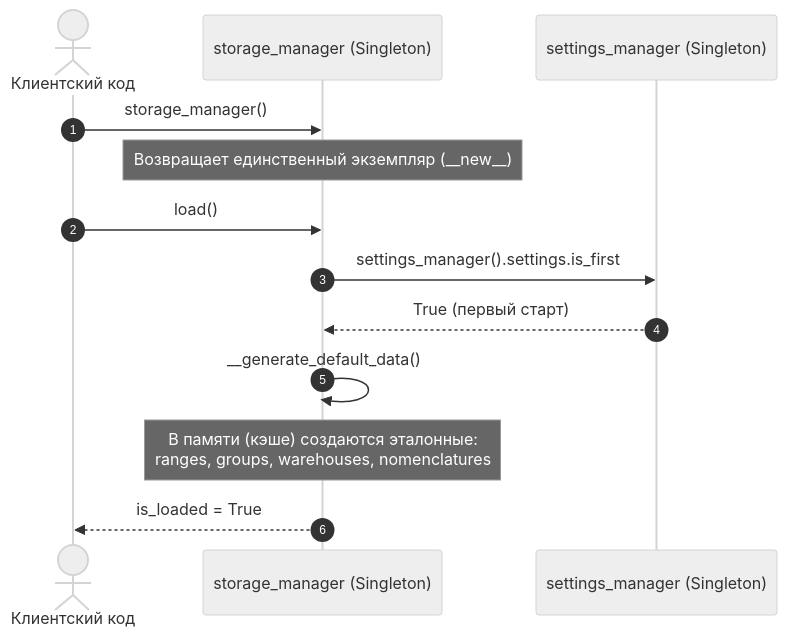
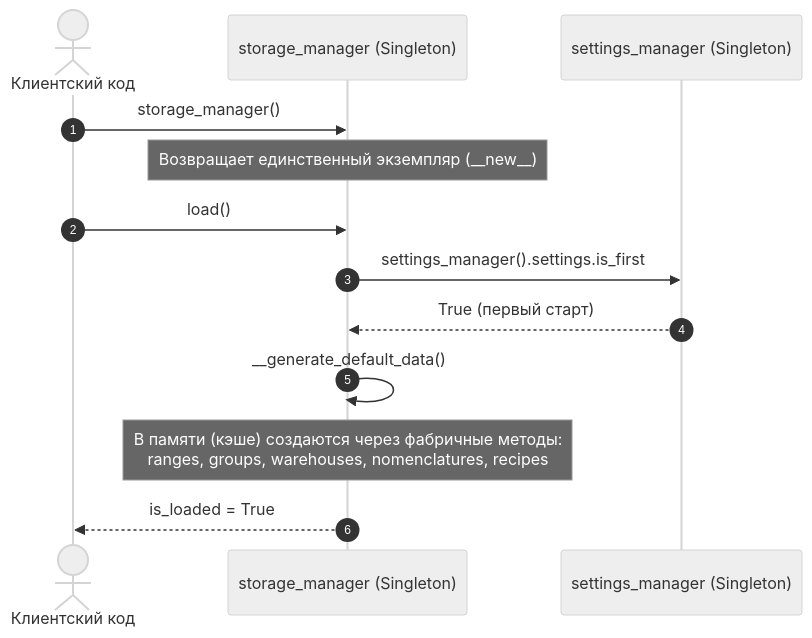
One commit to Alabaykin/patterns changed the second of 3 diagrams in Docs/Diagrams.md. Above: the diagram before and after it, drawn with Mermaid (neutral theme). The commit also changed other lines of this file, not shown here.

Commit message:
Update diagrams

````diff
--- a/Docs/Diagrams.md
+++ b/Docs/Diagrams.md
@@ -133,16 +183,16 @@
 ```mermaid
 sequenceDiagram
     autonumber
     actor Client as Клиентский код
     participant SM as storage_manager (Singleton)
     participant StM as settings_manager (Singleton)
 
     Client->>SM: storage_manager()
     Note over SM: Возвращает единственный экземпляр (__new__)
     Client->>SM: load()
     SM->>StM: settings_manager().settings.is_first
     StM-->>SM: True (первый старт)
     SM->>SM: __generate_default_data()
-    Note over SM: В памяти (кэше) создаются эталонные:<br/>ranges, groups, warehouses, nomenclatures
+    Note over SM: В памяти (кэше) создаются через фабричные методы:<br/>ranges, groups, warehouses, nomenclatures, recipes
     SM-->>Client: is_loaded = True
 ```
````
